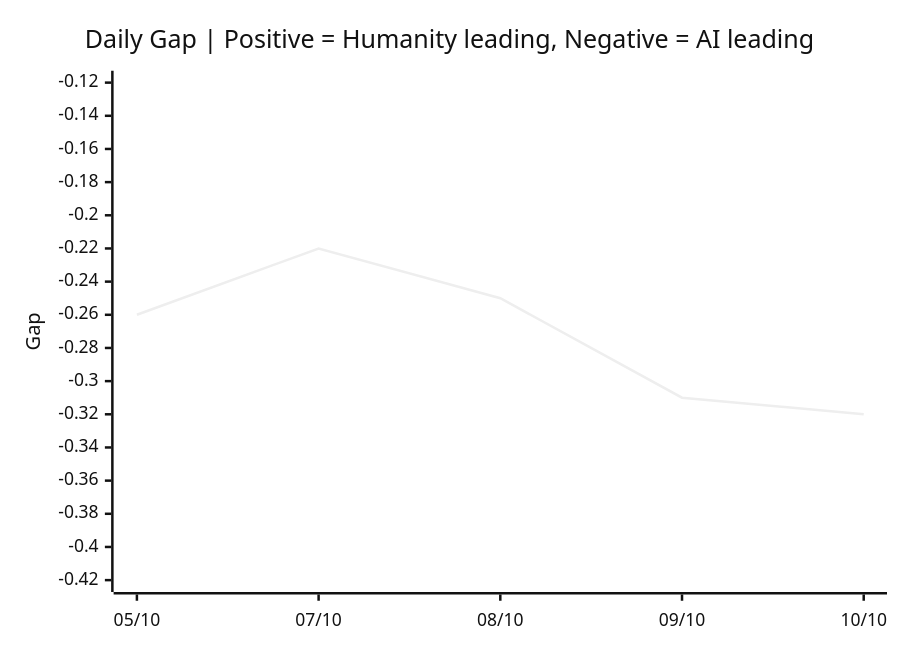
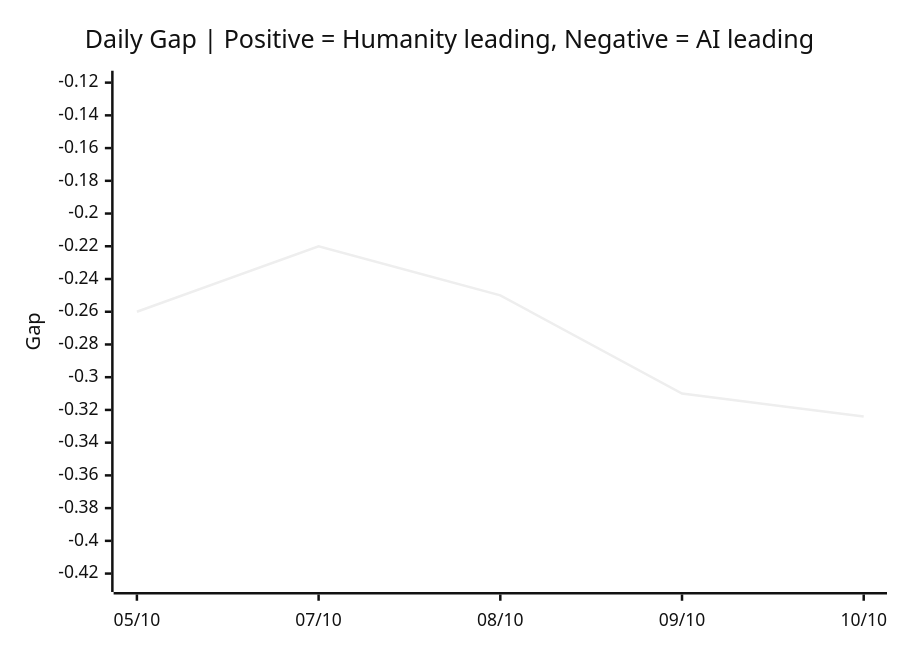
The third of 3 diagrams in README.md (VQQLK/Human-AI-Monitor), drawn with Mermaid (neutral theme) before and after one commit. The commit also changed other lines of this file and 2 other files, not shown here.

````diff
--- a/README.md
+++ b/README.md
@@ -55,7 +55,7 @@
 ```mermaid
 xychart-beta
     title "Daily Gap | Positive = Humanity leading, Negative = AI leading"
     x-axis ["05/10", "07/10", "08/10", "09/10", "10/10"]
-    y-axis "Gap" -0.42 --> -0.12
-    line [-0.26, -0.22, -0.25, -0.31, -0.32]
+    y-axis "Gap" -0.424 --> -0.120
+    line [-0.260, -0.220, -0.250, -0.310, -0.324]
 ```
````
